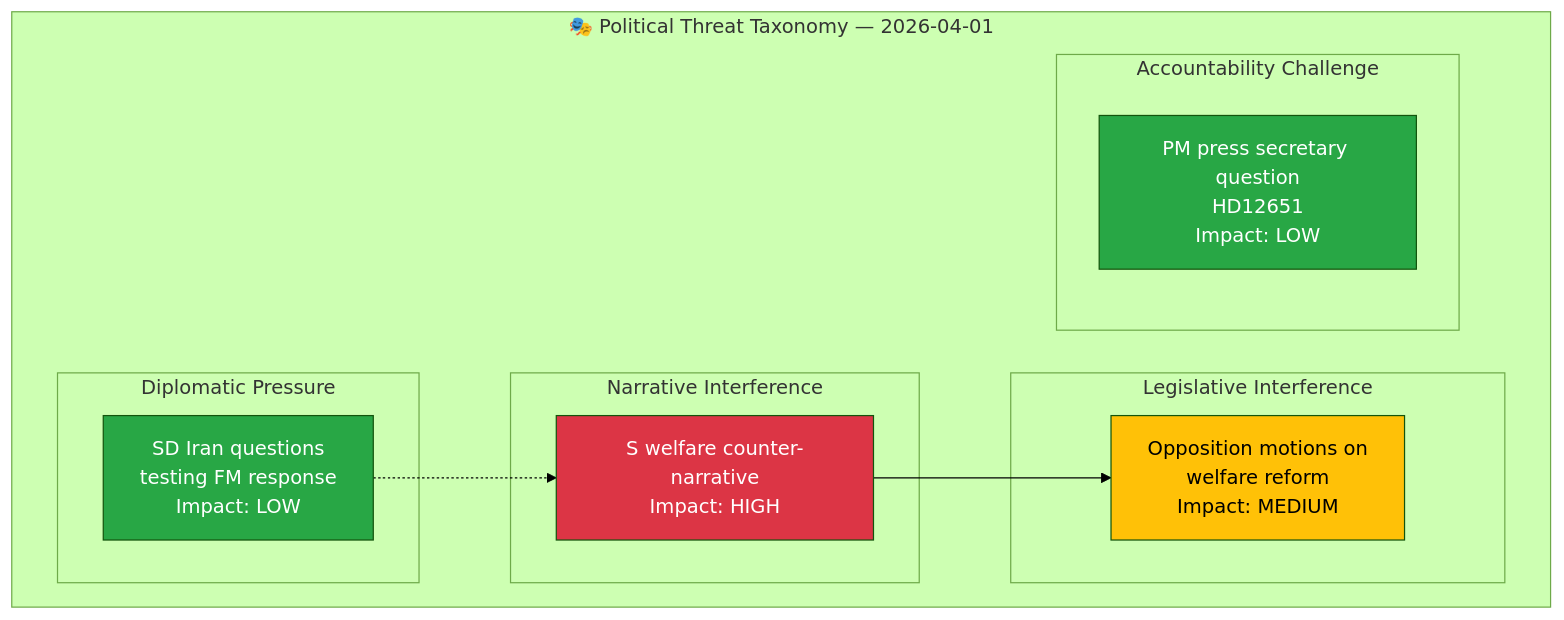
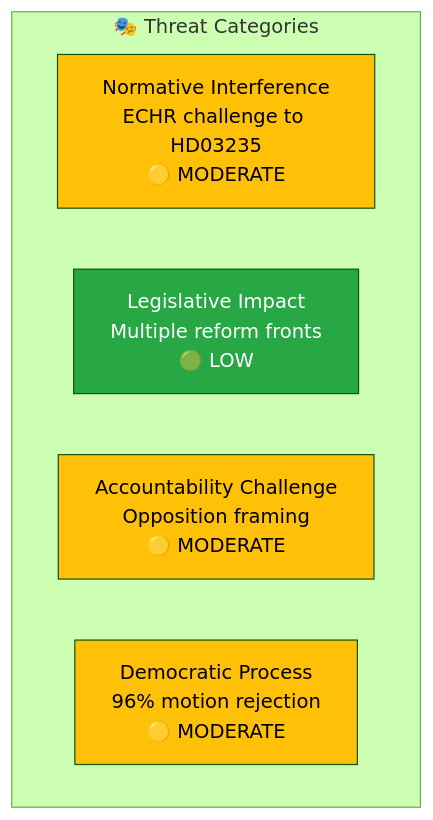
One commit to Hack23/riksdagsmonitor changed the diagram in analysis/daily/2026-04-01/threat-analysis.md. Above: the diagram before and after it, drawn with Mermaid (forest theme). The commit also changed other lines of this file and 74 other files, not shown here.

````diff
--- a/analysis/daily/2026-04-01/threat-analysis.md
+++ b/analysis/daily/2026-04-01/threat-analysis.md
@@ -16,25 +12,14 @@
 ```mermaid
 graph TD
-    subgraph "🎭 Political Threat Taxonomy — 2026-04-01"
-        subgraph "Narrative Interference"
-            NI["S welfare counter-narrative<br/>Impact: HIGH"]
-        end
-        subgraph "Legislative Interference"
-            LI["Opposition motions on<br/>welfare reform<br/>Impact: MEDIUM"]
-        end
-        subgraph "Diplomatic Pressure"
-            DP["SD Iran questions<br/>testing FM response<br/>Impact: LOW"]
-        end
-        subgraph "Accountability Challenge"
-            AC["PM press secretary question<br/>HD12651<br/>Impact: LOW"]
-        end
+    subgraph "🎭 Threat Categories"
+        NI["Normative Interference<br/>ECHR challenge to HD03235<br/>🟡 MODERATE"]
+        LI["Legislative Impact<br/>Multiple reform fronts<br/>🟢 LOW"]
+        AC["Accountability Challenge<br/>Opposition framing<br/>🟡 MODERATE"]
+        DP["Democratic Process<br/>96% motion rejection<br/>🟡 MODERATE"]
     end
 
-    NI --> LI
-    DP -.-> NI
-
-    style NI fill:#dc3545,color:#fff
-    style LI fill:#ffc107,color:#000
-    style DP fill:#28a745,color:#fff
-    style AC fill:#28a745,color:#fff
+    style NI fill:#ffc107,color:#000
+    style LI fill:#28a745,color:#fff
+    style AC fill:#ffc107,color:#000
+    style DP fill:#ffc107,color:#000
 ```
````
